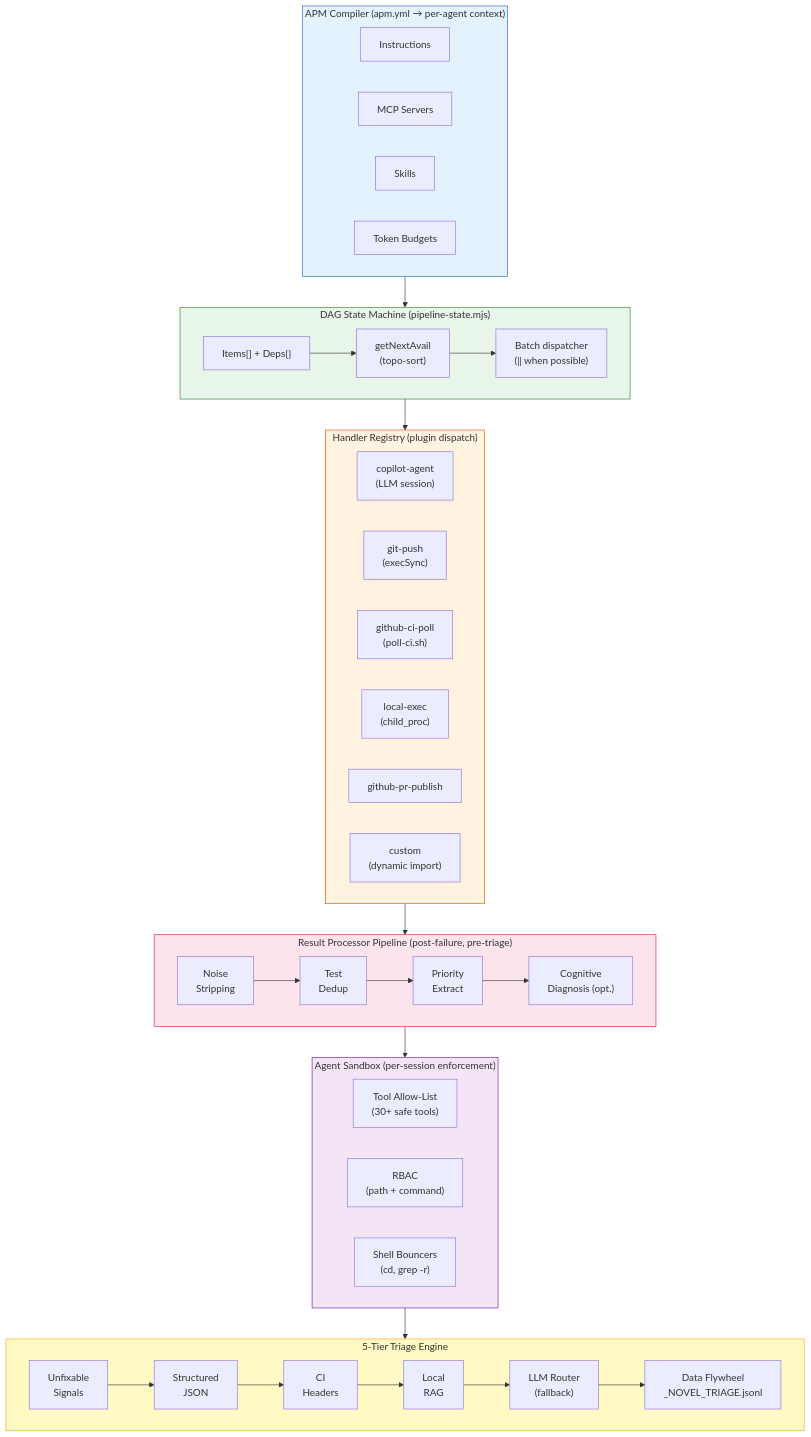
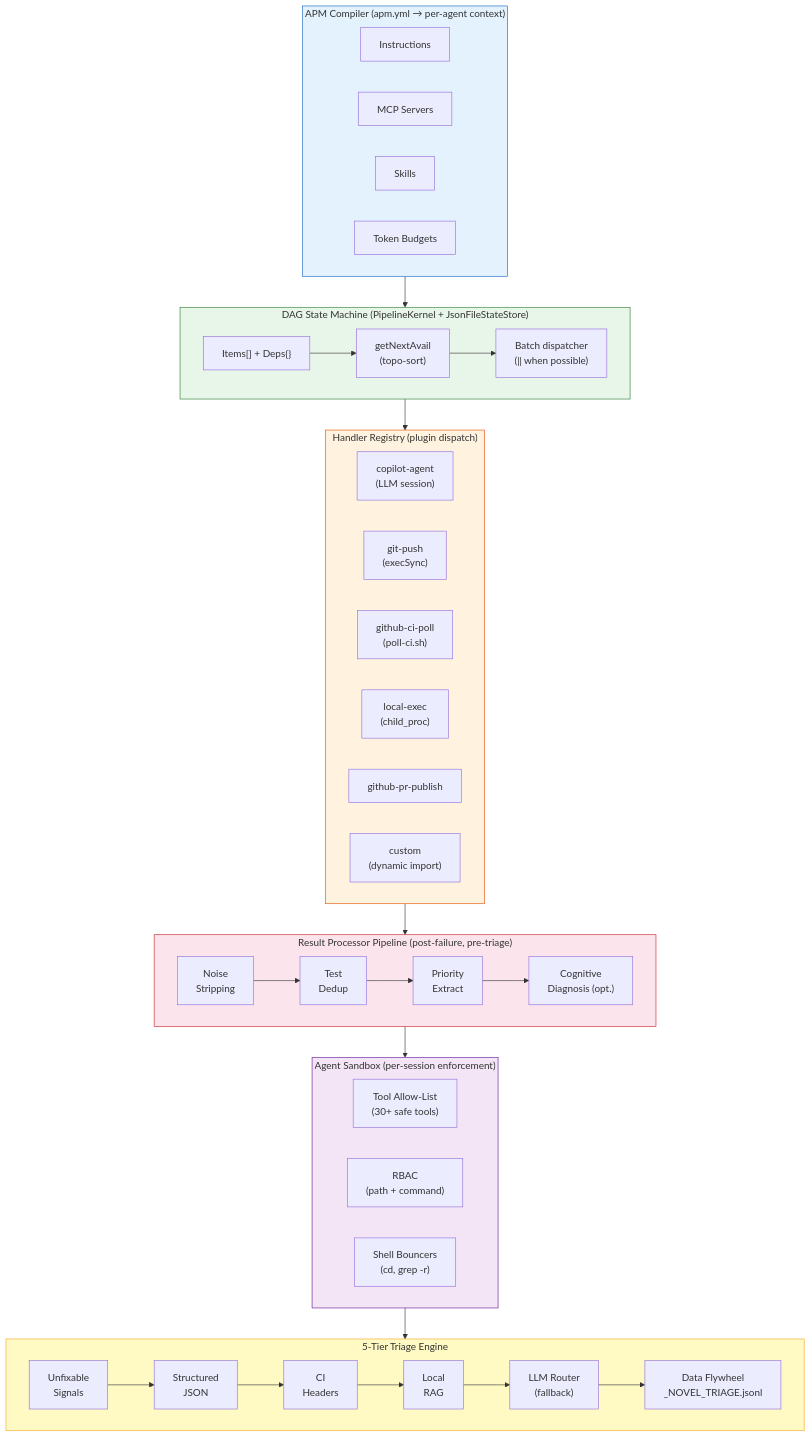
Before and after one commit to RomanKaliupinMelonusa/DAGent-t: the first of 3 diagrams in BLOG3.md, drawn with Mermaid. The commit also changed other lines of this file and 40 other files, not shown here.

First line of the commit message:
Migrate pipeline state to Kernel+JsonFileStateStore

````diff
--- a/BLOG3.md
+++ b/BLOG3.md
@@ -47,52 +47,52 @@
 ```mermaid
 graph TD
     subgraph APM["APM Compiler (apm.yml → per-agent context)"]
         direction LR
         A1["Instructions"]
         A2["MCP Servers"]
         A3["Skills"]
         A4["Token Budgets"]
     end
 
-    subgraph DAG["DAG State Machine (pipeline-state.mjs)"]
+    subgraph DAG["DAG State Machine (PipelineKernel + JsonFileStateStore)"]
         direction LR
         D1["Items[] + Deps{}"] --> D2["getNextAvail\n(topo-sort)"] --> D3["Batch dispatcher\n(‖ when possible)"]
     end
 
     subgraph HANDLERS["Handler Registry (plugin dispatch)"]
         direction LR
         H1["copilot-agent\n(LLM session)"]
         H2["git-push\n(execSync)"]
         H3["github-ci-poll\n(poll-ci.sh)"]
         H4["local-exec\n(child_proc)"]
         H5["github-pr-publish"]
         H6["custom\n(dynamic import)"]
     end
 
     subgraph RP["Result Processor Pipeline (post-failure, pre-triage)"]
         direction LR
         R1["Noise\nStripping"] --> R2["Test\nDedup"] --> R3["Priority\nExtract"] --> R4["Cognitive\nDiagnosis (opt.)"]
     end
 
     subgraph SANDBOX["Agent Sandbox (per-session enforcement)"]
         direction LR
         S1["Tool Allow-List\n(30+ safe tools)"]
         S2["RBAC\n(path + command)"]
         S3["Shell Bouncers\n(cd, grep -r)"]
     end
 
     subgraph TRIAGE["5-Tier Triage Engine"]
         direction LR
         T1["Unfixable\nSignals"] --> T2["Structured\nJSON"] --> T3["CI\nHeaders"] --> T4["Local\nRAG"] --> T5["LLM Router\n(fallback)"]
         T5 --> T6["Data Flywheel\n_NOVEL_TRIAGE.jsonl"]
     end
 
     APM --> DAG --> HANDLERS --> RP --> SANDBOX --> TRIAGE
 
     style APM fill:#e3f2fd,stroke:#1565c0
     style DAG fill:#e8f5e9,stroke:#2e7d32
     style HANDLERS fill:#fff3e0,stroke:#e65100
     style RP fill:#fce4ec,stroke:#c62828
     style SANDBOX fill:#f3e5f5,stroke:#6a1b9a
     style TRIAGE fill:#fff9c4,stroke:#f9a825
 ```
````
